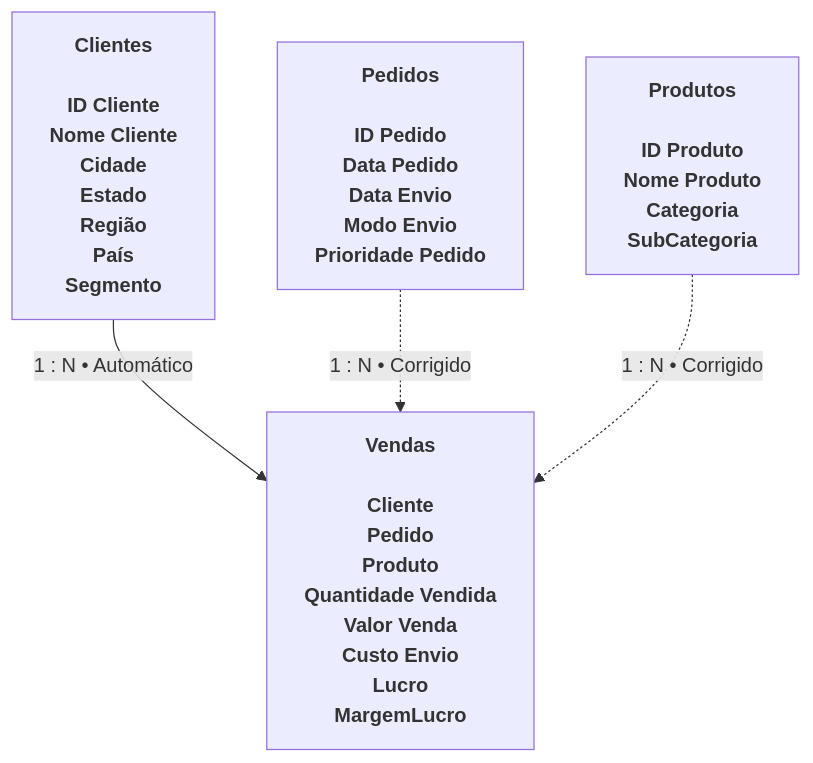
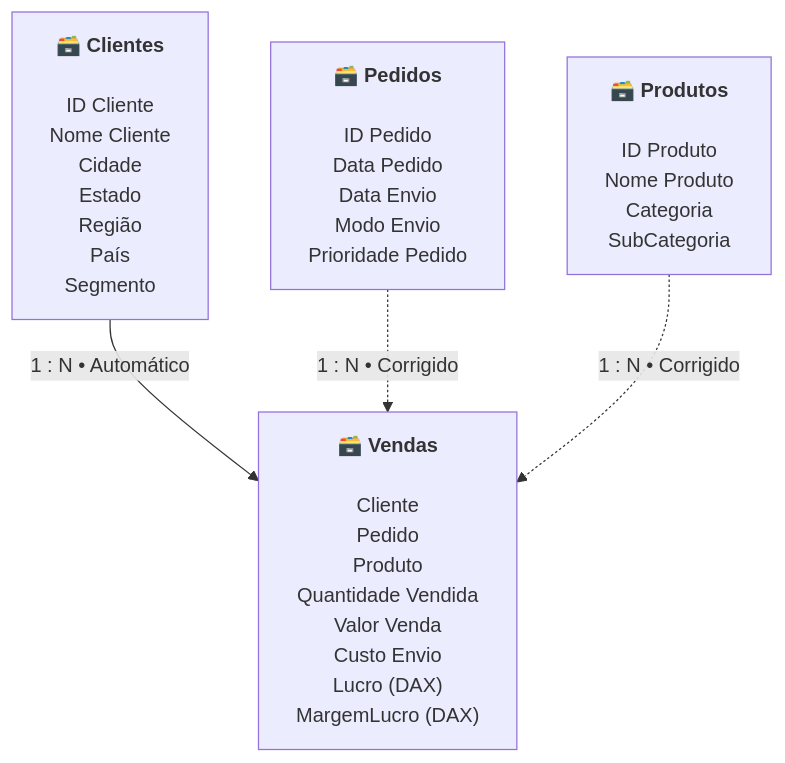
The diagram in dsa-power-bi/README.md (bruno-vdc/courses), drawn with Mermaid before and after one commit. The commit also changed other lines of this file and 4 other files, not shown here.

````diff
--- a/dsa-power-bi/README.md
+++ b/dsa-power-bi/README.md
@@ -64,14 +78,14 @@
 ```mermaid
 flowchart TB
-    Clientes["<b>Clientes<b><br/><br/>ID Cliente<br/>Nome Cliente<br/>Cidade<br/>Estado<br/>Região<br/>País<br/>Segmento"]
+    Clientes["<b>🗃️ Clientes</b><br/><br/>ID Cliente<br/>Nome Cliente<br/>Cidade<br/>Estado<br/>Região<br/>País<br/>Segmento"]
     
-    Pedidos["<b>Pedidos<b><br/><br/>ID Pedido<br/>Data Pedido<br/>Data Envio<br/>Modo Envio<br/>Prioridade Pedido"]
+    Pedidos["<b>🗃️ Pedidos</b><br/><br/>ID Pedido<br/>Data Pedido<br/>Data Envio<br/>Modo Envio<br/>Prioridade Pedido"]
     
-    Produtos["<b>Produtos<b><br/><br/>ID Produto<br/>Nome Produto<br/>Categoria<br/>SubCategoria"]
+    Produtos["<b>🗃️ Produtos</b><br/><br/>ID Produto<br/>Nome Produto<br/>Categoria<br/>SubCategoria"]
     
-    Vendas["<b>Vendas<b><br/><br/>Cliente<br/>Pedido<br/>Produto<br/>Quantidade Vendida<br/>Valor Venda<br/>Custo Envio<br/>Lucro<br/>MargemLucro"]
+    Vendas["<b>🗃️ Vendas</b><br/><br/>Cliente<br/>Pedido<br/>Produto<br/>Quantidade Vendida<br/>Valor Venda<br/>Custo Envio<br/>Lucro (DAX)<br/>MargemLucro (DAX)"]
 
     Clientes -->|"1 : N • Automático"| Vendas
     Pedidos -.->|"1 : N • Corrigido"| Vendas
     Produtos -.->|"1 : N • Corrigido"| Vendas
 ```
````
